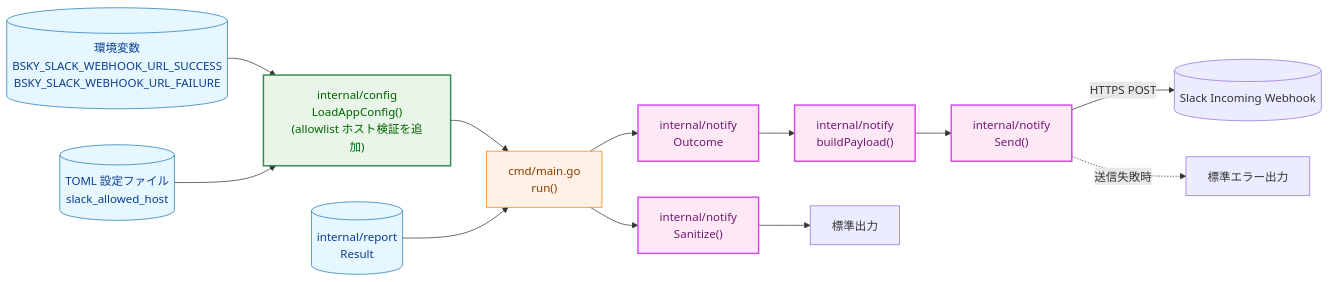
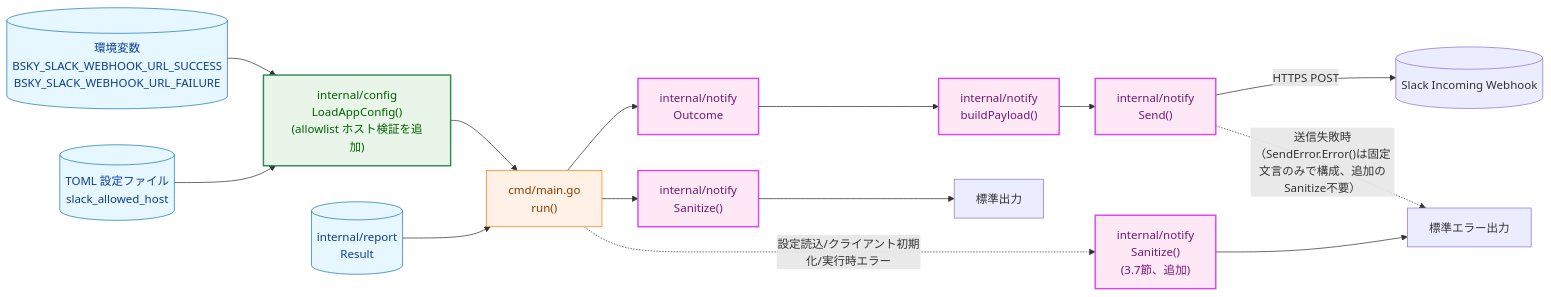
Before and after one commit to isseis/bsky-cleaner: the first of 4 diagrams in docs/tasks/0006_slack_notification/02_architecture.md, drawn with Mermaid. The commit also changed other lines of this file and 2 other files, not shown here.

First line of the commit message:
docs(0006-slack-notification): extend AC-17 to cover stderr sanitization

````diff
--- a/docs/tasks/0006_slack_notification/02_architecture.md
+++ b/docs/tasks/0006_slack_notification/02_architecture.md
@@ -27,24 +27,26 @@
 ```mermaid
 flowchart LR
     classDef data fill:#e6f7ff,stroke:#1f77b4,stroke-width:1px,color:#0b3d91;
     classDef process fill:#fff1e6,stroke:#ff7f0e,stroke-width:1px,color:#8a3e00;
     classDef enhanced fill:#e8f5e8,stroke:#2e8b57,stroke-width:2px,color:#006400;
     classDef newpkg fill:#ffe8f5,stroke:#d946ef,stroke-width:2px,color:#701a75;
 
     ENV[("環境変数<br>BSKY_SLACK_WEBHOOK_URL_SUCCESS<br>BSKY_SLACK_WEBHOOK_URL_FAILURE")] --> CFG["internal/config<br>LoadAppConfig()<br>(allowlist ホスト検証を追加)"]
     TOML[("TOML 設定ファイル<br>slack_allowed_host")] --> CFG
     CFG --> MAIN["cmd/main.go<br>run()"]
     RESULT[("internal/report<br>Result")] --> MAIN
     MAIN --> OUTCOME["internal/notify<br>Outcome"]
     OUTCOME --> BUILD["internal/notify<br>buildPayload()"]
     BUILD --> SEND["internal/notify<br>Send()"]
     SEND -->|"HTTPS POST"| SLACK[("Slack Incoming Webhook")]
-    SEND -.->|"送信失敗時"| STDERR["標準エラー出力"]
+    SEND -.->|"送信失敗時（SendError.Error()は固定文言のみで構成、追加のSanitize不要）"| STDERR["標準エラー出力"]
     MAIN --> STDOUT["internal/notify<br>Sanitize()"]
     STDOUT --> CONSOLE["標準出力"]
+    MAIN -.->|"設定読込/クライアント初期化/実行時エラー"| STDERRSAN["internal/notify<br>Sanitize()<br>(3.7節、追加)"]
+    STDERRSAN --> STDERR
 
     class ENV,RESULT,TOML data
     class MAIN process
     class CFG enhanced
-    class OUTCOME,BUILD,SEND,STDOUT newpkg
+    class OUTCOME,BUILD,SEND,STDOUT,STDERRSAN newpkg
 ```
````
